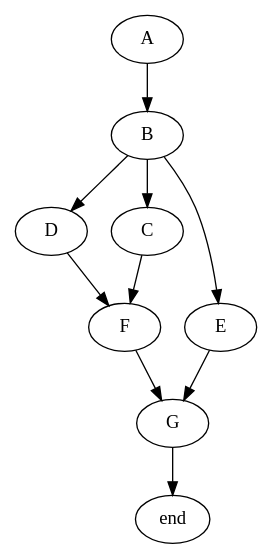
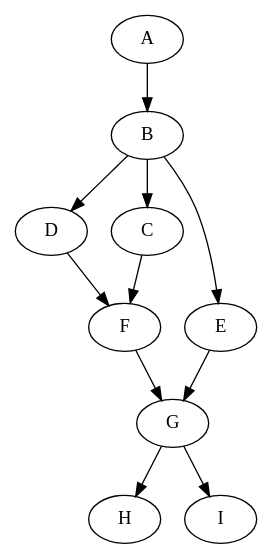
The diagram in agent/example.dot (alexhe/gautomator), drawn with Graphviz before and after one commit. The commit also changed 2 other files, not shown here.

```diff
--- a/agent/example.dot
+++ b/agent/example.dot
@@ -1,12 +1,13 @@
 digraph layer3Tasks {
     A -> B;
     B -> D;
     B -> C;
     B -> E;
     D -> F;
     C -> F;
     F -> G;
     E -> G;
-    G -> end;
+    G -> H;
+    G -> I;
 
 }
```
